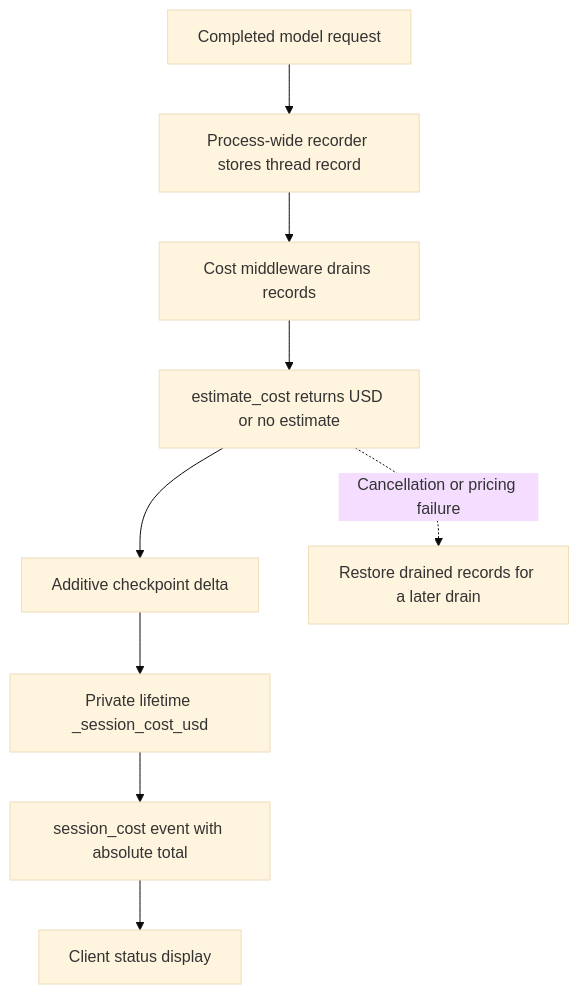
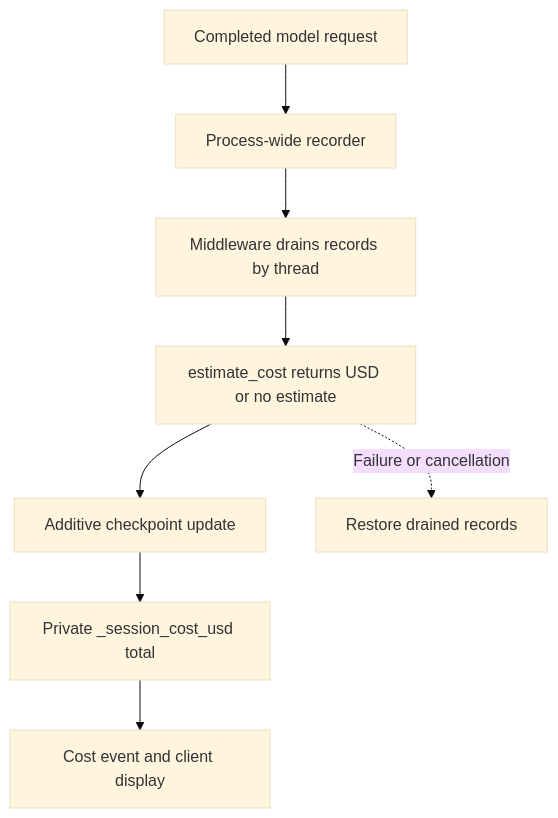
One commit to langchain-ai/deepagents changed the first of 2 diagrams in openwiki/operations/cost-and-sessions.md. Above: the diagram before and after it, drawn with Mermaid (base theme). The commit also changed other lines of this file and 63 other files, not shown here.

````diff
--- a/openwiki/operations/cost-and-sessions.md
+++ b/openwiki/operations/cost-and-sessions.md
@@ -62,11 +59,10 @@
 ```mermaid
 flowchart TD
-    request["Completed model request"] --> recorder["Process-wide recorder stores thread record"]
-    recorder --> drain["Cost middleware drains records"]
+    request["Completed model request"] --> recorder["Process-wide recorder"]
+    recorder --> drain["Middleware drains records by thread"]
     drain --> pricing["estimate_cost returns USD or no estimate"]
-    pricing --> delta["Additive checkpoint delta"]
-    delta --> total["Private lifetime _session_cost_usd"]
-    total --> event["session_cost event with absolute total"]
-    event --> display["Client status display"]
-    pricing -. "Cancellation or pricing failure" .-> restore["Restore drained records for a later drain"]
+    pricing --> delta["Additive checkpoint update"]
+    delta --> total["Private _session_cost_usd total"]
+    total --> display["Cost event and client display"]
+    pricing -. "Failure or cancellation" .-> restore["Restore drained records"]
 ```
````
